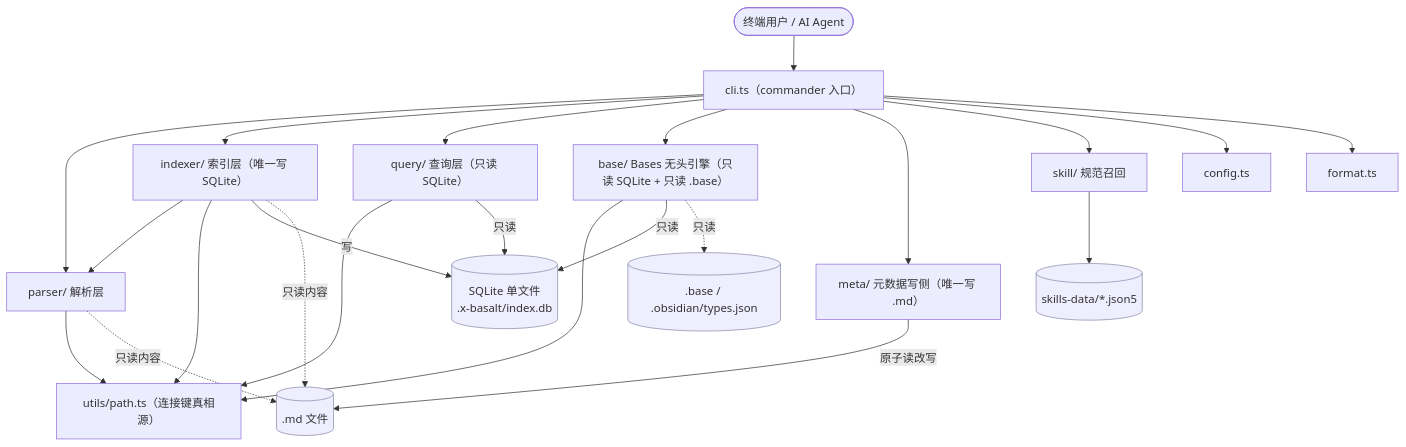
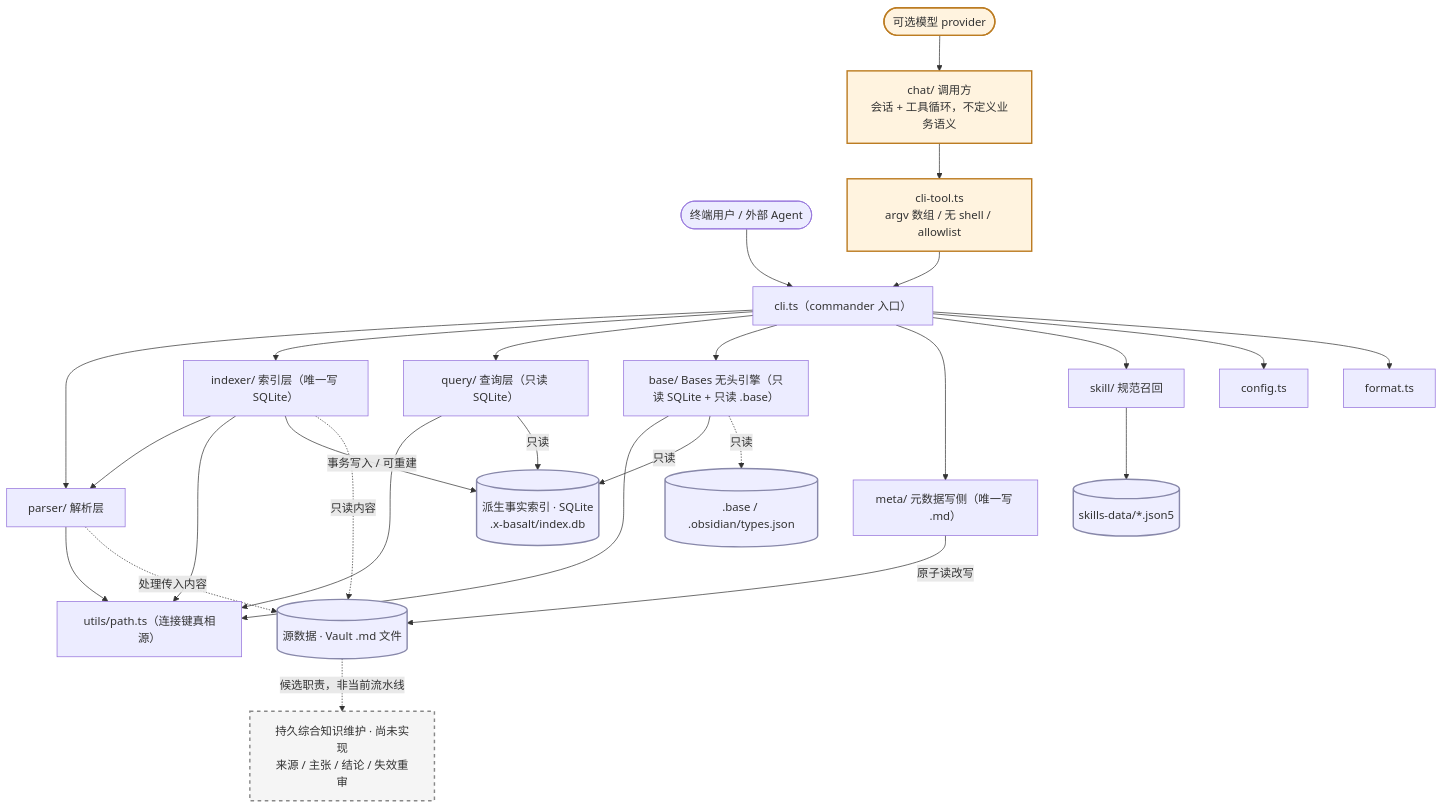
Before and after one commit to xnightsky/x-basalt: the first of 5 diagrams in docs/design/architecture.md, drawn with Mermaid. The commit also changed other lines of this file and 22 other files, not shown here.

````diff
--- a/docs/design/architecture.md
+++ b/docs/design/architecture.md
@@ -43,31 +49,41 @@
 ```mermaid
 flowchart TD
-    user([终端用户 / AI Agent]) --> cli["cli.ts（commander 入口）"]
+    user([终端用户 / 外部 Agent]) --> cli["cli.ts（commander 入口）"]
+    llm([可选模型 provider]) --> chat["chat/ 调用方<br/>会话 + 工具循环，不定义业务语义"]
+    chat --> bridge["cli-tool.ts<br/>argv 数组 / 无 shell / allowlist"]
+    bridge --> cli
 
     cli --> parser["parser/ 解析层"]
     cli --> indexer["indexer/ 索引层（唯一写 SQLite）"]
     cli --> query["query/ 查询层（只读 SQLite）"]
     cli --> base["base/ Bases 无头引擎（只读 SQLite + 只读 .base）"]
     cli --> meta["meta/ 元数据写侧（唯一写 .md）"]
     cli --> skill["skill/ 规范召回"]
     cli --> config["config.ts"]
     cli --> format["format.ts"]
 
     indexer --> parser
     parser --> utils["utils/path.ts（连接键真相源）"]
     indexer --> utils
     query --> utils
     base --> utils
 
-    indexer -- 写 --> db[("SQLite 单文件<br/>.x-basalt/index.db")]
+    indexer -- 事务写入 / 可重建 --> db[("派生事实索引 · SQLite<br/>.x-basalt/index.db")]
     query -- 只读 --> db
     base -- 只读 --> db
-    parser -. 只读内容 .-> md[(".md 文件")]
+    parser -. 处理传入内容 .-> md[("源数据 · Vault .md 文件")]
     indexer -. 只读内容 .-> md
     base -. 只读 .-> basef[(".base / .obsidian/types.json")]
     meta -- 原子读改写 --> md
     skill --> skfiles[("skills-data/*.json5")]
 
-    classDef store fill:#eef,stroke:#88a;
+    classDef store fill:#eef,stroke:#88a,stroke-width:2px;
+    classDef optional fill:#fff3df,stroke:#bc7c22,stroke-width:2px;
     class db,md,basef,skfiles store;
+    class llm,chat,bridge optional;
+
+    knowledge["持久综合知识维护 · 尚未实现<br/>来源 / 主张 / 结论 / 失效重审"]
+    md -. 候选职责，非当前流水线 .-> knowledge
+    classDef candidate fill:#f5f5f5,stroke:#888,stroke-width:2px,stroke-dasharray:5 5;
+    class knowledge candidate;
 ```
````
